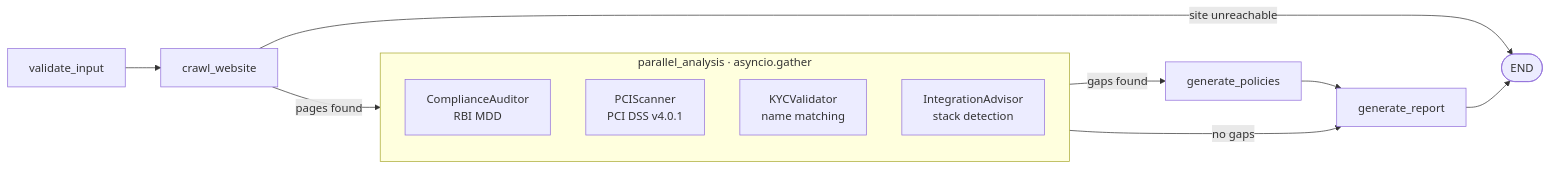
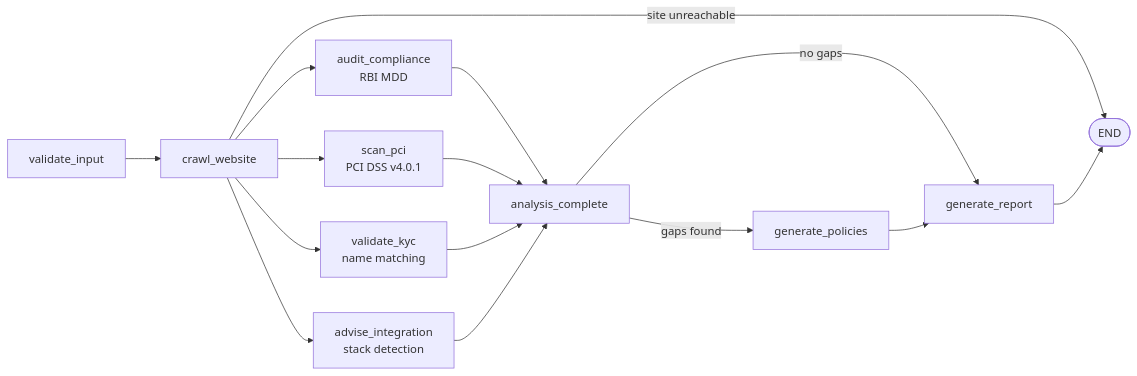
The diagram in README.md (khichar-monika15/merchant-compliance-engine), drawn with Mermaid before and after one commit. The commit also changed other lines of this file and 2 other files, not shown here.

````diff
--- a/README.md
+++ b/README.md
@@ -85,17 +86,17 @@
 ```mermaid
 graph LR
   A[validate_input] --> B[crawl_website]
-  B -->|pages found| C[parallel_analysis]
   B -->|site unreachable| G([END])
-  C -->|gaps found| E[generate_policies]
-  C -->|no gaps| F[generate_report]
+  B --> C1[audit_compliance<br/>RBI MDD]
+  B --> C2[scan_pci<br/>PCI DSS v4.0.1]
+  B --> C3[validate_kyc<br/>name matching]
+  B --> C4[advise_integration<br/>stack detection]
+  C1 --> J[analysis_complete]
+  C2 --> J
+  C3 --> J
+  C4 --> J
+  J -->|gaps found| E[generate_policies]
+  J -->|no gaps| F[generate_report]
   E --> F
   F --> G([END])
-
-  subgraph C [parallel_analysis · asyncio.gather]
-    C1[ComplianceAuditor<br/>RBI MDD]
-    C2[PCIScanner<br/>PCI DSS v4.0.1]
-    C3[KYCValidator<br/>name matching]
-    C4[IntegrationAdvisor<br/>stack detection]
-  end
 ```
````
